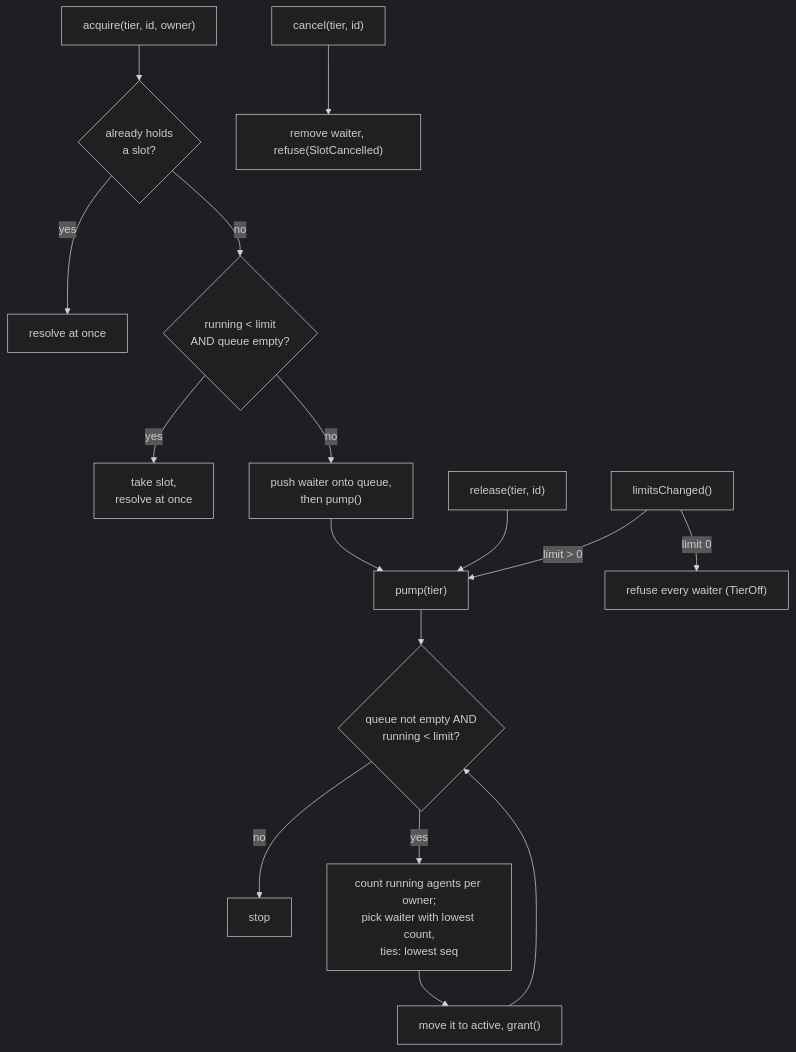
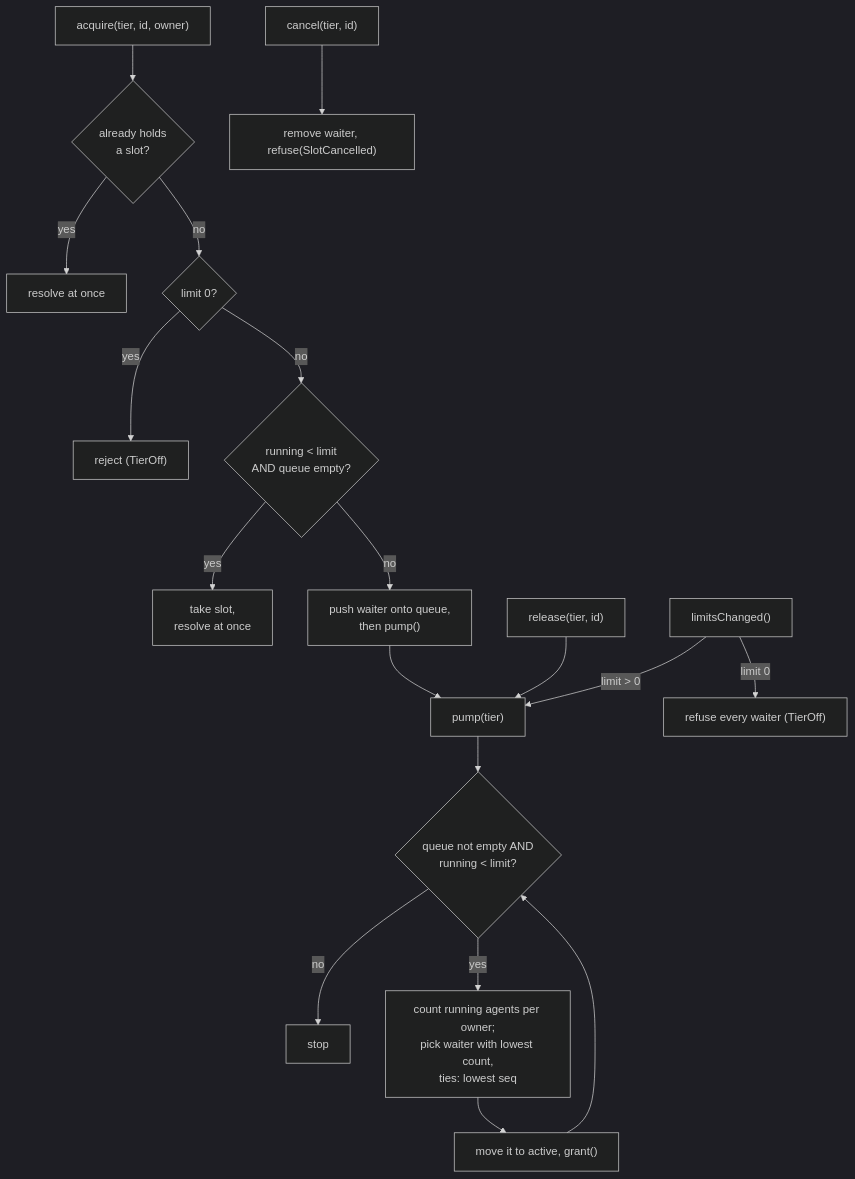
The diagram in docs/wiki/Slot-Scheduling.md (Luxorium/masthead), drawn with Mermaid (dark theme) before and after one commit. The commit also changed other lines of this file and 66 other files, not shown here.

````diff
--- a/docs/wiki/Slot-Scheduling.md
+++ b/docs/wiki/Slot-Scheduling.md
@@ -26,18 +26,20 @@
 ```mermaid
 flowchart TD
   A["acquire(tier, id, owner)"] --> B{"already holds<br/>a slot?"}
   B -- yes --> G["resolve at once"]
-  B -- no --> C{"running < limit<br/>AND queue empty?"}
+  B -- no --> O{"limit 0?"}
+  O -- yes --> OR["reject (TierOff)"]
+  O -- no --> C{"running < limit<br/>AND queue empty?"}
   C -- yes --> D["take slot,<br/>resolve at once"]
   C -- no --> E["push waiter onto queue,<br/>then pump()"]
   R["release(tier, id)"] --> P
   L["limitsChanged()"] -- "limit > 0" --> P
   L -- "limit 0" --> LO["refuse every waiter (TierOff)"]
   E --> P["pump(tier)"]
   P --> Q{"queue not empty AND<br/>running < limit?"}
   Q -- no --> Z["stop"]
   Q -- yes --> S["count running agents per owner;<br/>pick waiter with lowest count,<br/>ties: lowest seq"]
   S --> T["move it to active, grant()"]
   T --> Q
   X["cancel(tier, id)"] --> Y["remove waiter, refuse(SlotCancelled)"]
 ```
````
